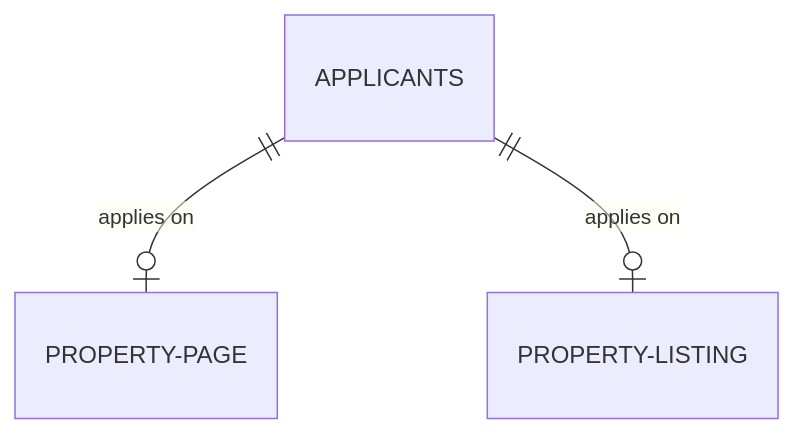
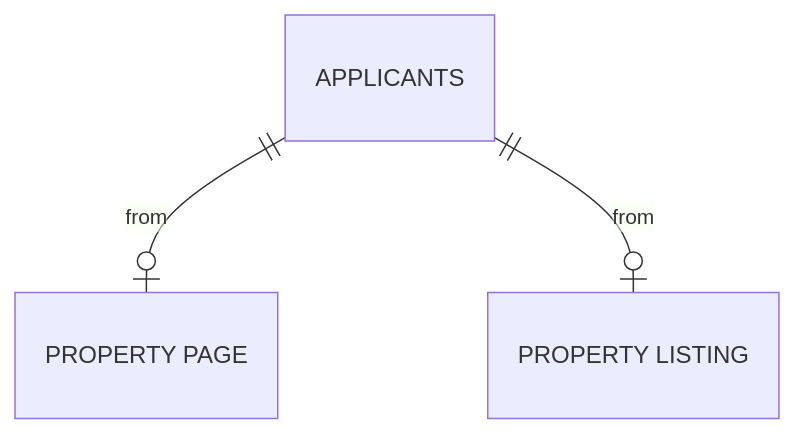
The sixth of 6 diagrams in docs/ERD.md (UpBrewTech/project-leasa), drawn with Mermaid before and after one commit. The commit also changed other lines of this file, not shown here.

````diff
--- a/docs/ERD.md
+++ b/docs/ERD.md
@@ -169,6 +140,6 @@
 ```mermaid
 erDiagram
 
-APPLICANTS ||--o| "PROPERTY-PAGE" : "applies on"
-APPLICANTS ||--o| "PROPERTY-LISTING" : "applies on"
+APPLICANTS ||--o| "PROPERTY PAGE" : "from"
+APPLICANTS ||--o| "PROPERTY LISTING" : "from"
 ```
````
